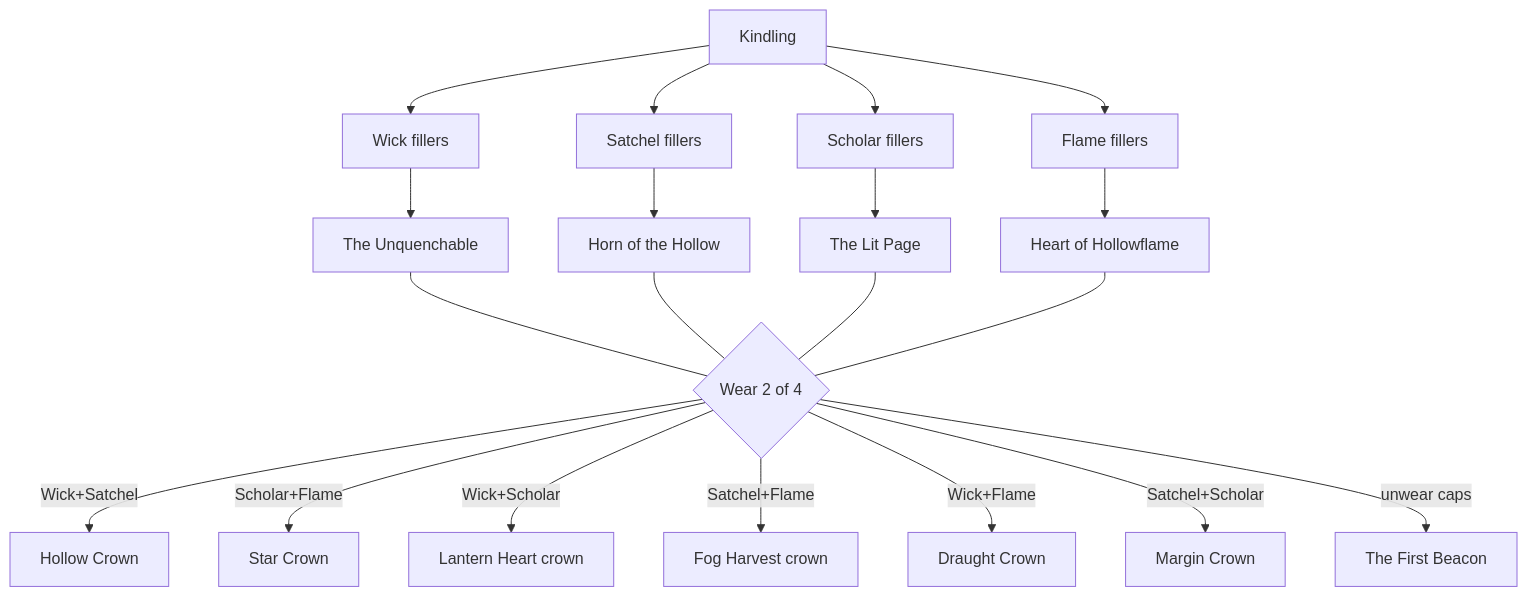
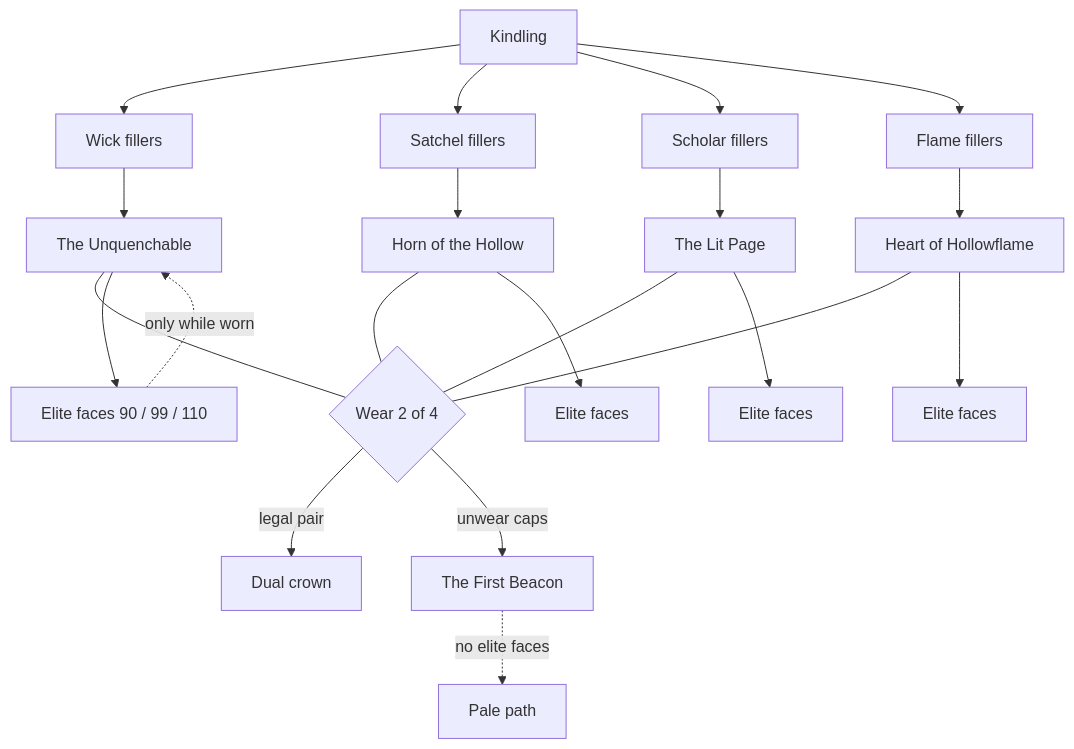
Before and after one commit to teabonetv/hollowlight: the diagram in docs/STAR-TRADEOFFS.md, drawn with Mermaid. The commit also changed other lines of this file, not shown here.

First line of the commit message:
Lock Two Crowns and spec thousand-hour elite faces.

````diff
--- a/docs/STAR-TRADEOFFS.md
+++ b/docs/STAR-TRADEOFFS.md
@@ -78,23 +76,24 @@
 ```mermaid
 flowchart TD
   K[Kindling]
   K --> W[Wick fillers]
   K --> Y[Satchel fillers]
   K --> S[Scholar fillers]
   K --> F[Flame fillers]
   W --> WC[The Unquenchable]
   Y --> YC[Horn of the Hollow]
   S --> SC[The Lit Page]
   F --> FC[Heart of Hollowflame]
   WC --- PICK{Wear 2 of 4}
   YC --- PICK
   SC --- PICK
   FC --- PICK
-  PICK -->|Wick+Satchel| HC[Hollow Crown]
-  PICK -->|Scholar+Flame| ST[Star Crown]
-  PICK -->|Wick+Scholar| LH[Lantern Heart crown]
-  PICK -->|Satchel+Flame| FH[Fog Harvest crown]
-  PICK -->|Wick+Flame| DC[Draught Crown]
-  PICK -->|Satchel+Scholar| MC[Margin Crown]
+  PICK -->|legal pair| DUAL[Dual crown]
   PICK -->|unwear caps| AP[The First Beacon]
+  WC --> E1[Elite faces 90 / 99 / 110]
+  YC --> E2[Elite faces]
+  SC --> E3[Elite faces]
+  FC --> E4[Elite faces]
+  E1 -.->|only while worn| WC
+  AP -.->|no elite faces| X[Pale path]
 ```
````
